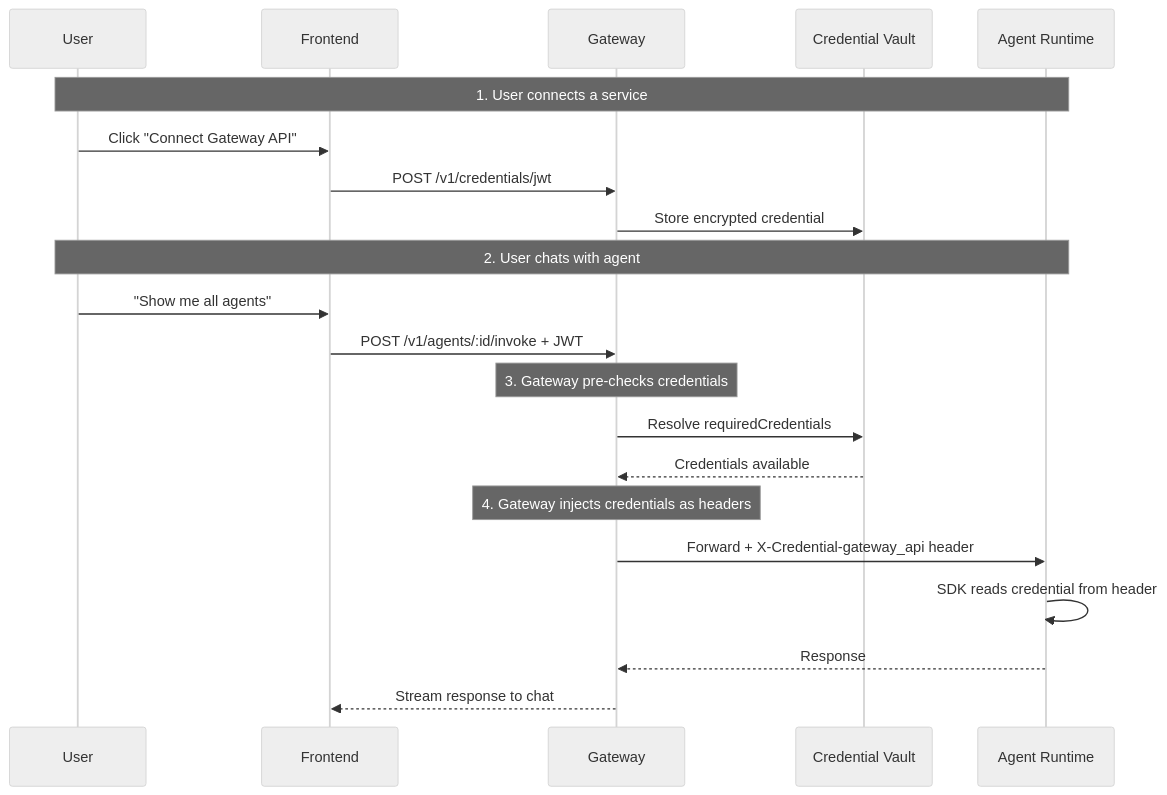
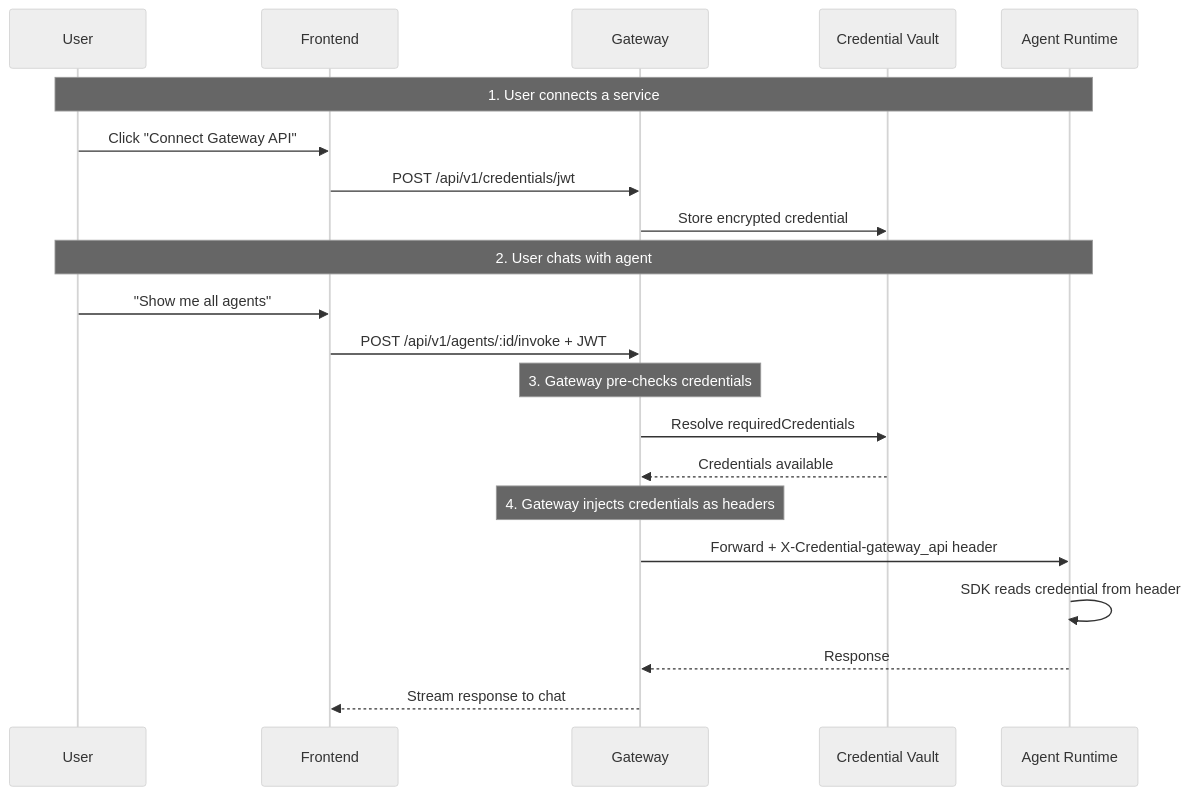
One commit to simplaix/simplaix-gateway changed the diagram in docs/content/docs/concepts/credentials.mdx. Above: the diagram before and after it, drawn with Mermaid (neutral theme). The commit also changed other lines of this file and 53 other files, not shown here.

````diff
--- a/docs/content/docs/concepts/credentials.mdx
+++ b/docs/content/docs/concepts/credentials.mdx
@@ -10,27 +10,27 @@
 ```mermaid
 sequenceDiagram
     participant User as User
     participant FE as Frontend
     participant GW as Gateway
     participant Vault as Credential Vault
     participant Agent as Agent Runtime
 
     Note over User,Agent: 1. User connects a service
     User->>FE: Click "Connect Gateway API"
-    FE->>GW: POST /v1/credentials/jwt
+    FE->>GW: POST /api/v1/credentials/jwt
     GW->>Vault: Store encrypted credential
 
     Note over User,Agent: 2. User chats with agent
     User->>FE: "Show me all agents"
-    FE->>GW: POST /v1/agents/:id/invoke + JWT
+    FE->>GW: POST /api/v1/agents/:id/invoke + JWT
 
     Note over GW: 3. Gateway pre-checks credentials
     GW->>Vault: Resolve requiredCredentials
     Vault-->>GW: Credentials available
 
     Note over GW: 4. Gateway injects credentials as headers
     GW->>Agent: Forward + X-Credential-gateway_api header
     Agent->>Agent: SDK reads credential from header
     Agent-->>GW: Response
     GW-->>FE: Stream response to chat
 ```
````
